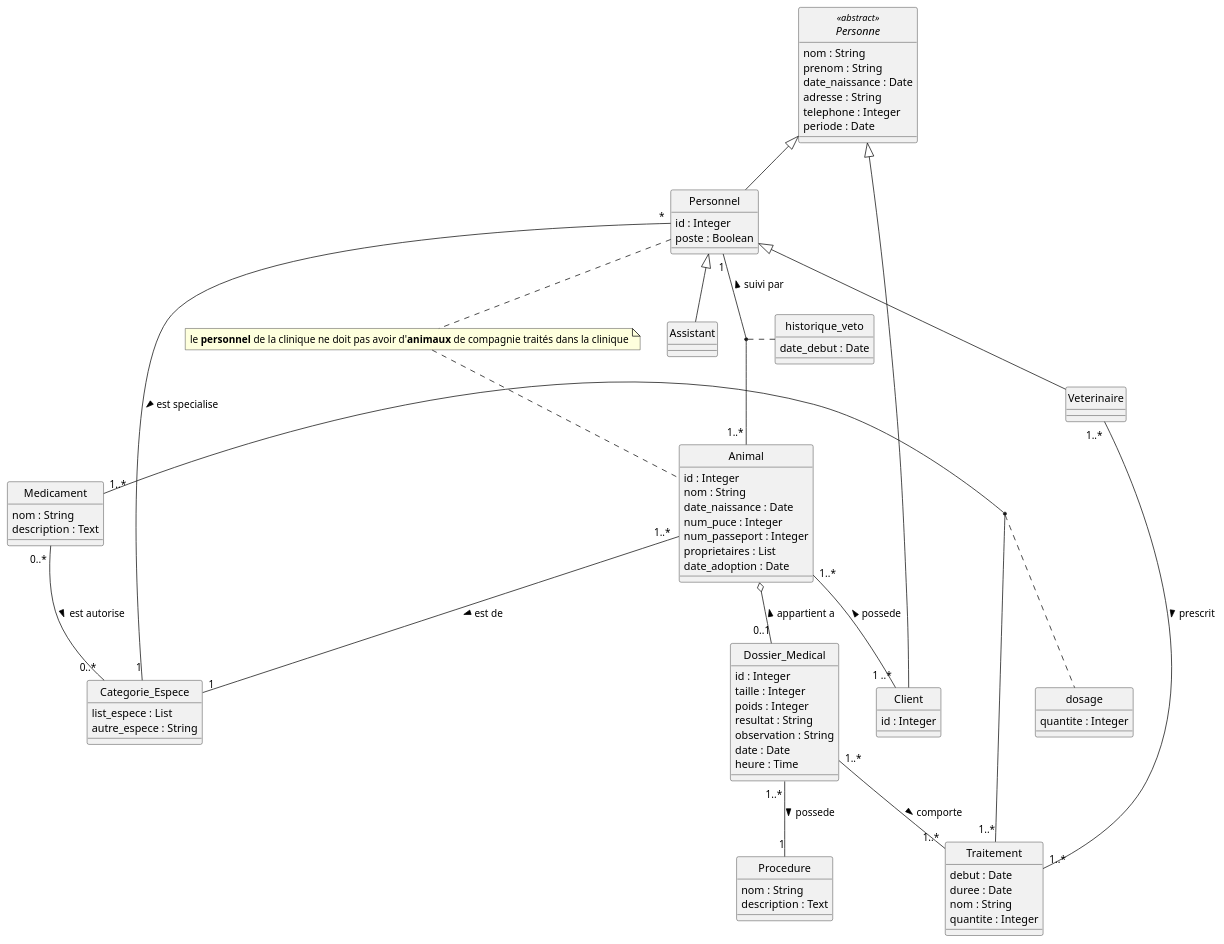
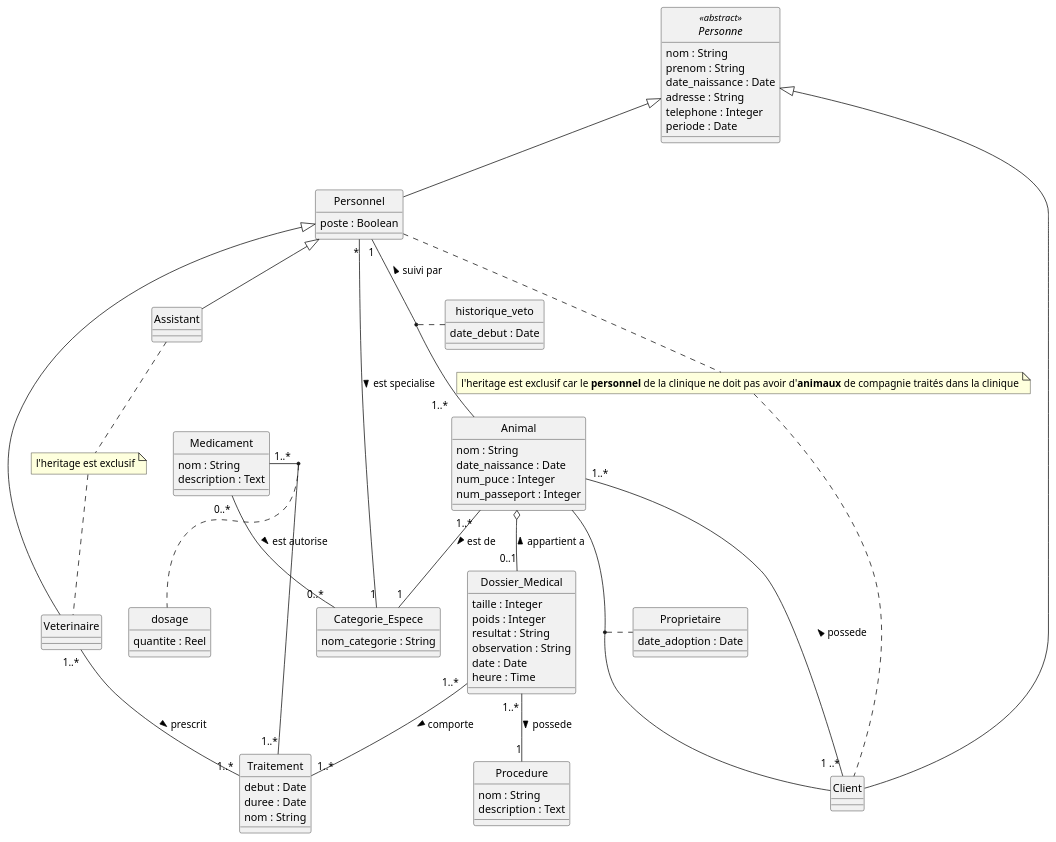
The diagram in veto.plantuml (eddymonji/Clinique_Veterinaire), drawn with PlantUML before and after one commit.

Commit message:
Plantuml ver2

```diff
--- a/veto.plantuml
+++ b/veto.plantuml
@@ -1,106 +1,108 @@
 @startuml Clinique Veterinaire
 skinparam Style strictuml
 skinparam SequenceMessageAlignment center
 
 abstract class Personne <<abstract>> {
     nom : String 
     prenom : String
     date_naissance : Date
     adresse : String
     telephone : Integer
     periode : Date 
 }
 
 class Personnel {
-    id : Integer
     poste : Boolean 
 }
 
 class Veterinaire
 
 class Assistant
 
 class Client {
-    id : Integer
 }
 
 class Animal {
-    id : Integer
     nom : String
     date_naissance : Date 
     num_puce : Integer
     num_passeport : Integer
-    proprietaires : List
-    date_adoption : Date
 }
 
 class Categorie_Espece{
-    list_espece : List
-    autre_espece : String
+    nom_categorie : String
 }
 
 class Medicament {
     nom : String
     description : Text
 }
 
 class Traitement {
     debut : Date
     duree : Date 
     nom : String
-    quantite : Integer
 
 }
 
 class Dossier_Medical {
-    id : Integer 
     taille : Integer
     poids : Integer
     resultat : String
     observation : String
     date : Date 
     heure : Time 
 }
 
 class Procedure{
     nom : String
     description : Text 
 }
 
 class dosage {
-    quantite : Integer
+    quantite : Reel
 }
 
 class historique_veto {
     date_debut : Date
+}
+
+class Proprietaire{
+    date_adoption : Date
 }
 
 
 Medicament "1..*" - "1..*" Traitement
 (Medicament, Traitement) .. dosage
 
 Personne <|-- Personnel
 Personne <|-- Client
 
 Personnel <|-- Assistant
 Personnel <|-- Veterinaire
 Personnel "*" -- "1" Categorie_Espece : est specialise >
 Personnel "1" -- "1..* " Animal : < suivi par
 (Animal, Personnel) .. historique_veto
+(Animal, Client) .. Proprietaire
 
 Animal "1..* " -- "1" Categorie_Espece : est de >
 Animal "1..* " -- "1 ..*" Client : < possede
 Animal o-- "0..1" Dossier_Medical : < appartient a 
 
 Dossier_Medical "1..* " -- "1..*" Traitement : comporte >
 Dossier_Medical "1..* " -- "1" Procedure : possede >
 
 Veterinaire "1..* " -- "1..*" Traitement : prescrit >
 
 Medicament "0..* " -- "0..*" Categorie_Espece : est autorise > 
 
-note "le <b>personnel</b> de la clinique ne doit pas avoir d'<b>animaux</b> de compagnie traités dans la clinique" as N1
-Personnel .. N1
-N1 .. Animal
+
+note "l'heritage est exclusif car le <b>personnel</b> de la clinique ne doit pas avoir d'<b>animaux</b> de compagnie traités dans la clinique" as N2
+Personnel .. N2
+N2 .. Client
+
+note "l'heritage est exclusif" as N3
+Assistant .. N3
+N3 .. Veterinaire
 
 @enduml
```
